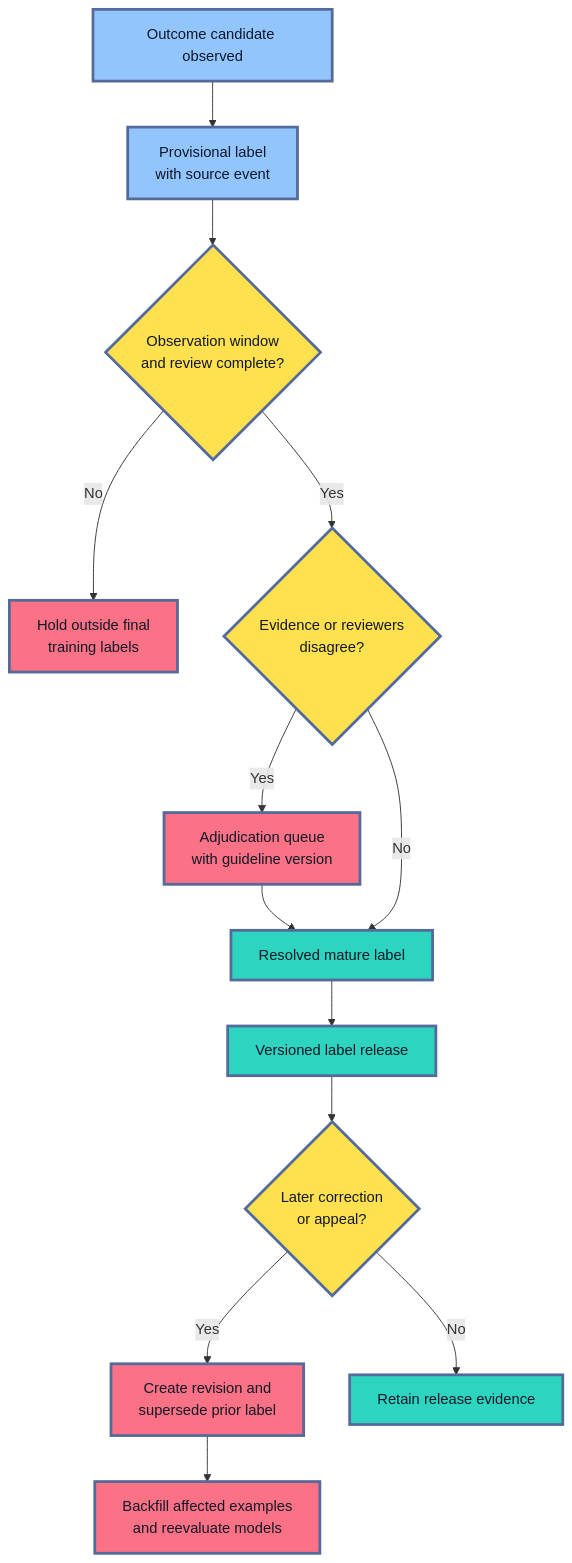
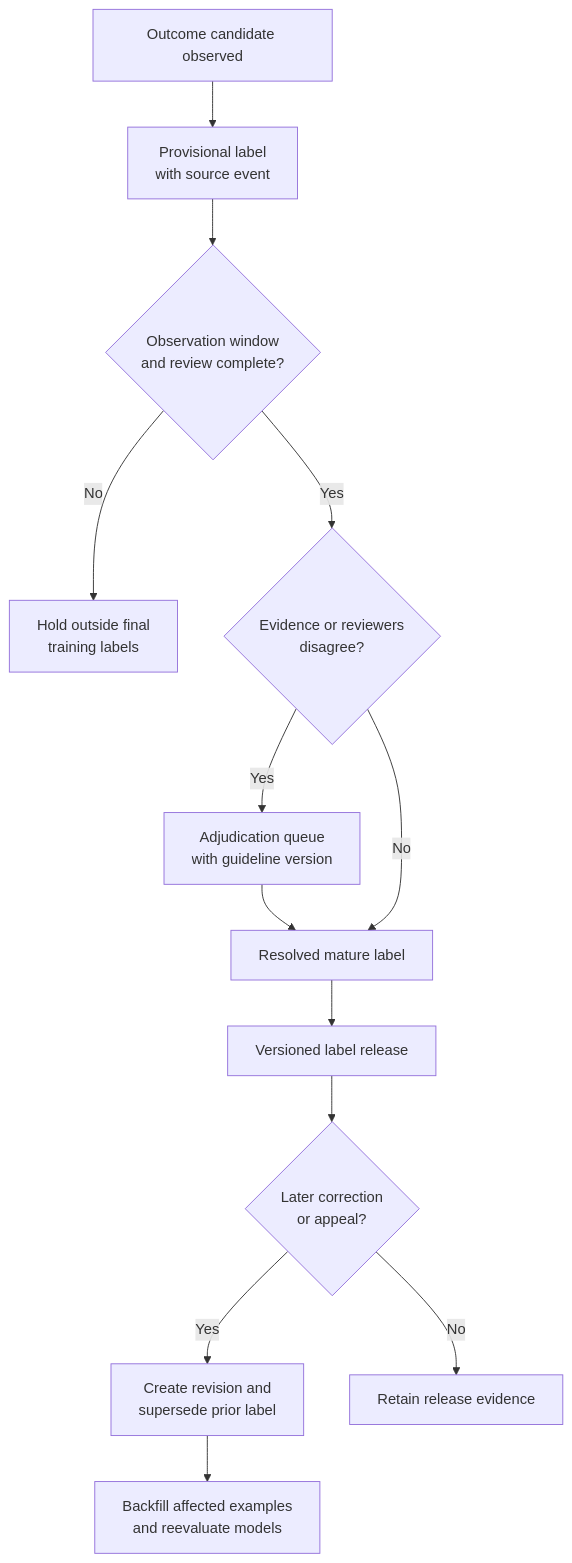
Before and after one commit to senlinyy/dev-roadmaps: the third of 6 diagrams in roadmaps/mlops/modules/data-for-ml-systems/data-quality/02-schema-checks-missing-values-bad-labels.md, drawn with Mermaid. The commit also changed other lines of this file and 152 other files, not shown here.

Commit message:
feat: mlops and diagrams updated

````diff
--- a/roadmaps/mlops/modules/data-for-ml-systems/data-quality/02-schema-checks-missing-values-bad-labels.md
+++ b/roadmaps/mlops/modules/data-for-ml-systems/data-quality/02-schema-checks-missing-values-bad-labels.md
@@ -317,24 +309,20 @@
 ```mermaid
 flowchart TD
     A["Outcome candidate observed"] --> B["Provisional label<br/>with source event"]
     B --> C{"Observation window<br/>and review complete?"}
     C -->|"No"| D["Hold outside final<br/>training labels"]
     C -->|"Yes"| E{"Evidence or reviewers<br/>disagree?"}
     E -->|"Yes"| F["Adjudication queue<br/>with guideline version"]
     F --> G["Resolved mature label"]
     E -->|"No"| G
     G --> H["Versioned label release"]
     H --> I{"Later correction<br/>or appeal?"}
     I -->|"Yes"| J["Create revision and<br/>supersede prior label"]
     J --> K["Backfill affected examples<br/>and reevaluate models"]
     I -->|"No"| L["Retain release evidence"]
 
-    classDef event fill:#93C5FD,stroke:#536A9A,stroke-width:3px,color:#0F172A
-    classDef gate fill:#FFE04F,stroke:#536A9A,stroke-width:3px,color:#111827
-    classDef hold fill:#FB7185,stroke:#536A9A,stroke-width:3px,color:#111827
-    classDef release fill:#2DD4BF,stroke:#536A9A,stroke-width:3px,color:#0F172A
     class A,B event
     class C,E,I gate
     class D,F,J,K hold
     class G,H,L release
 ```
````
